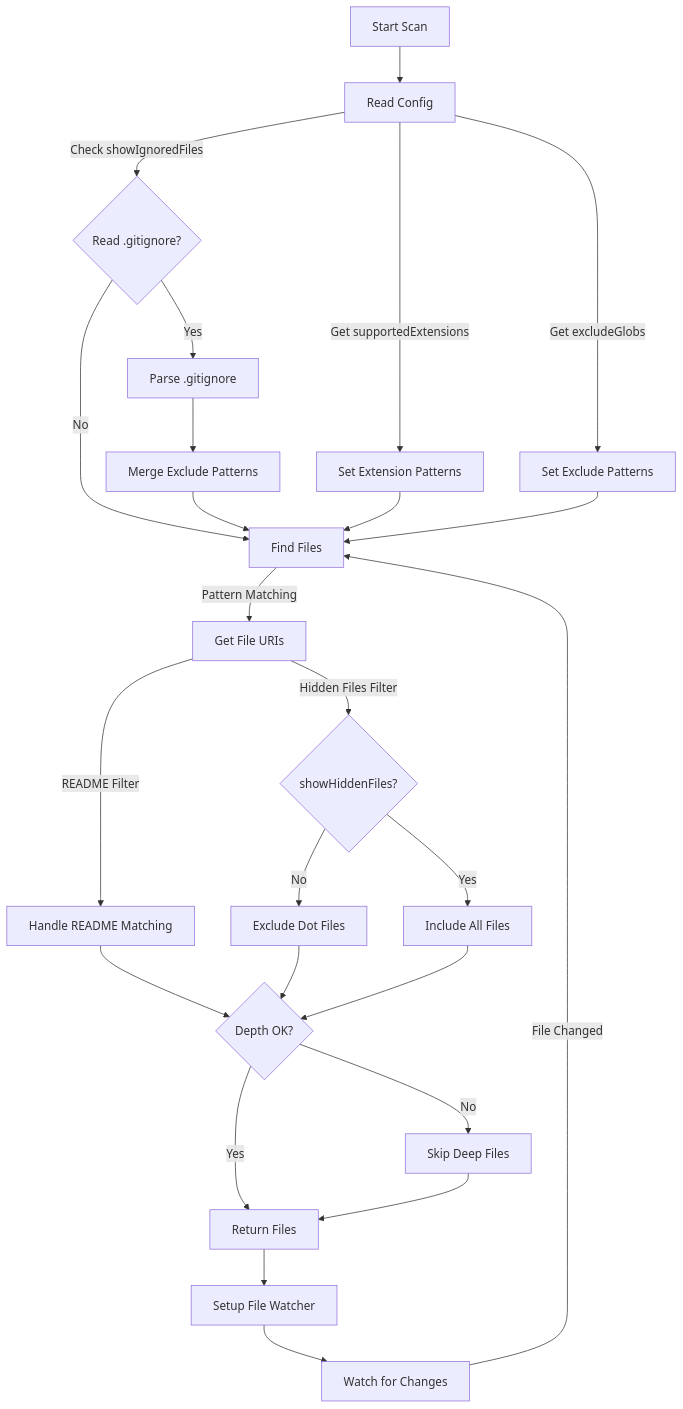
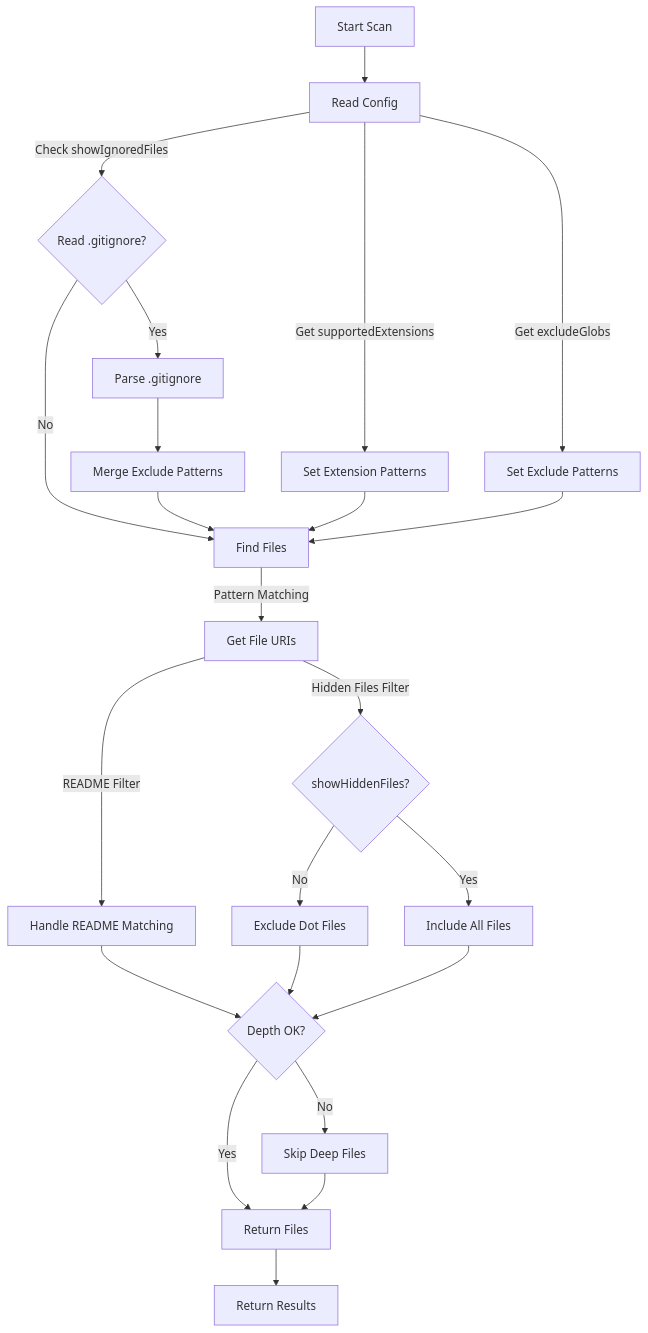
One commit to AlexJSully/workspace-wiki changed the diagram in docs/architecture/scanner.md. Above: the diagram before and after it, drawn with Mermaid. The commit also changed other lines of this file and 23 other files, not shown here.

````diff
--- a/docs/architecture/scanner.md
+++ b/docs/architecture/scanner.md
@@ -57,27 +56,25 @@
 ```mermaid
 flowchart TD
 	A[Start Scan] --> B[Read Config]
 	B -->|Get supportedExtensions| C[Set Extension Patterns]
 	B -->|Get excludeGlobs| D[Set Exclude Patterns]
 	B -->|Check showIgnoredFiles| E{Read .gitignore?}
 	E -->|Yes| F[Parse .gitignore]
 	E -->|No| G[Find Files]
 	F --> H[Merge Exclude Patterns]
 	H --> G
 	C --> G
 	D --> G
 	G -->|Pattern Matching| I[Get File URIs]
 	I -->|README Filter| J[Handle README Matching]
 	I -->|Hidden Files Filter| K{showHiddenFiles?}
 	K -->|No| L[Exclude Dot Files]
 	K -->|Yes| M[Include All Files]
 	J --> N{Depth OK?}
 	N -->|Yes| O[Return Files]
 	N -->|No| P[Skip Deep Files]
 	P --> O
 	L --> N
 	M --> N
-	O --> Q[Setup File Watcher]
-	Q --> R[Watch for Changes]
-	R -->|File Changed| G
+	O --> Q[Return Results]
 ```
````
